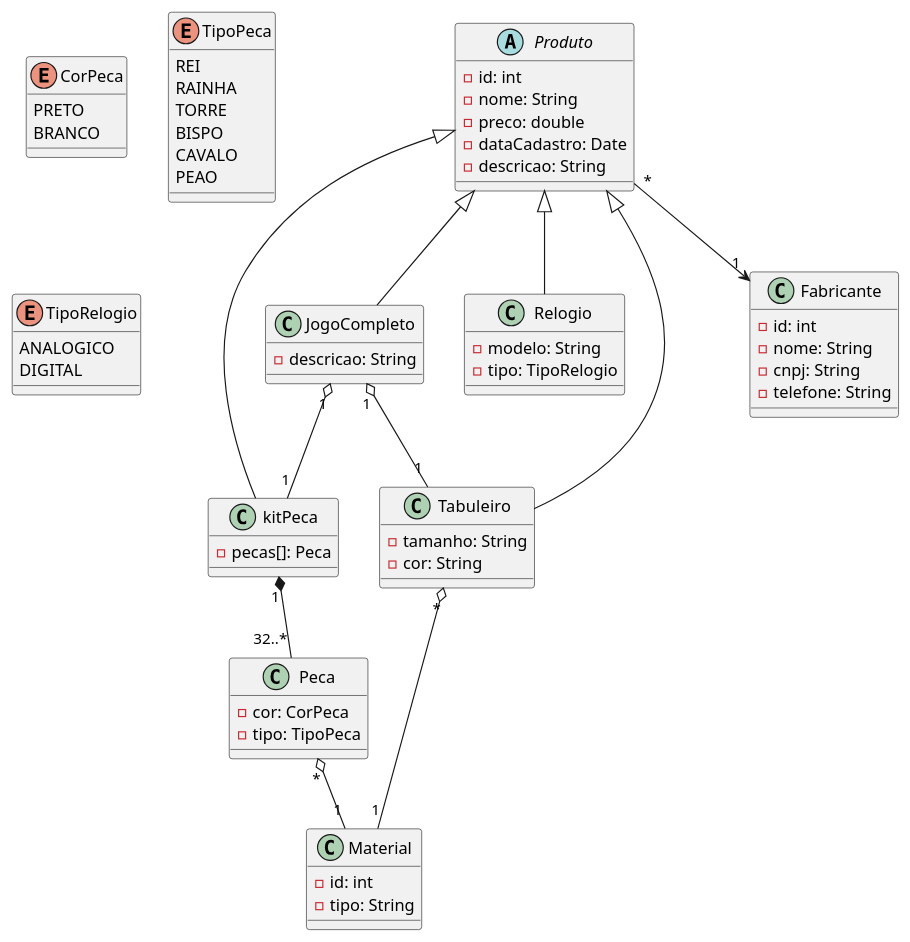
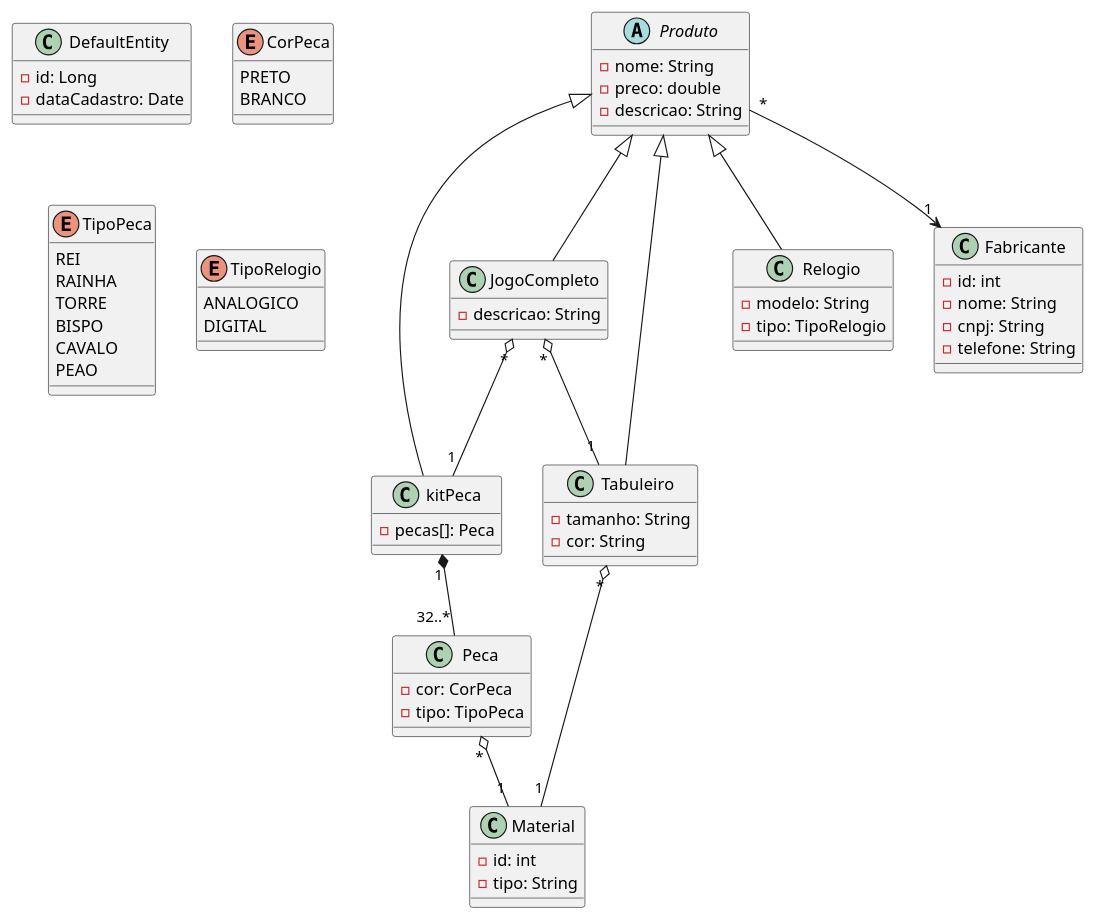
One commit to Gus7000/xadrez_e_comerce changed the diagram in diagramas/diagramaClasses.plantuml. Above: the diagram before and after it, drawn with PlantUML.

Commit message:
mudança do diagrama de classes

```diff
--- a/diagramas/diagramaClasses.plantuml
+++ b/diagramas/diagramaClasses.plantuml
@@ -1,83 +1,85 @@
 @startuml DiagramaClasses
 
 abstract class Produto {
-    -id: int
     -nome: String
     -preco: double
+    -descricao: String
+}
+class DefaultEntity{
+    -id: Long
     -dataCadastro: Date
-    -descricao: String
 }
 
 enum CorPeca {
     PRETO
     BRANCO
 }
 
 class Material {
     -id: int
     -tipo: String
 }
 
 class Peca {
     -cor: CorPeca
     -tipo: TipoPeca
 }
 class kitPeca {
     -pecas[]: Peca
 }
 enum TipoPeca {
     REI
     RAINHA
     TORRE
     BISPO
     CAVALO
     PEAO
 }
 
 class Tabuleiro {
     -tamanho: String
     -cor: String
 }
 
 class Relogio {
     -modelo: String
     -tipo: TipoRelogio
 }
 enum TipoRelogio {
     ANALOGICO
     DIGITAL
 }
 class JogoCompleto {
     -descricao: String
 }
 
 class Fabricante {
     -id: int
     -nome: String
     -cnpj: String
     -telefone: String
 }
 
 '---------------- HERANÇA ----------------
 
 Produto <|-- kitPeca
 Produto <|-- Tabuleiro
 Produto <|-- Relogio
 Produto <|-- JogoCompleto
 
 '---------------- COMPOSIÇÃO ----------------
 
 kitPeca "1" *-- "32..*" Peca
 
 '---------------- AGREGAÇÃO ----------------
-JogoCompleto "1" o-- "1" Tabuleiro
-JogoCompleto "1" o-- "1" kitPeca
+JogoCompleto "*" o-- "1" Tabuleiro
+JogoCompleto "*" o-- "1" kitPeca
 
 Peca "*" o-- "1" Material
 Tabuleiro "*" o-- "1" Material
 
 '---------------- ASSOCIAÇÃO ----------------
 
 Produto "*" --> "1" Fabricante
 
 @enduml
```
